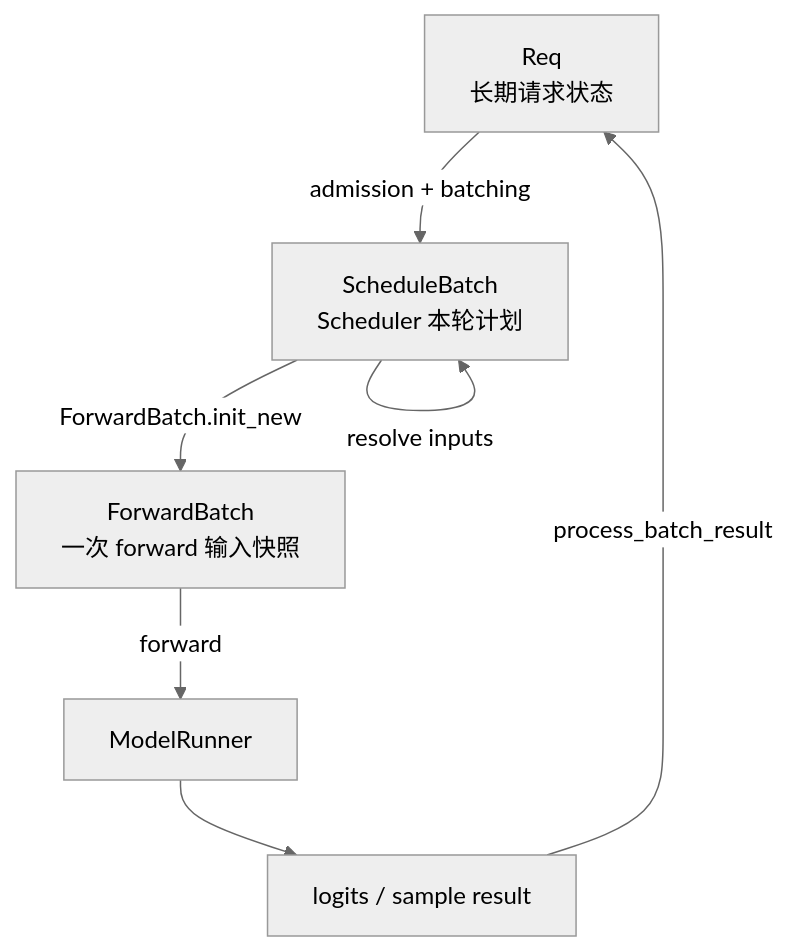
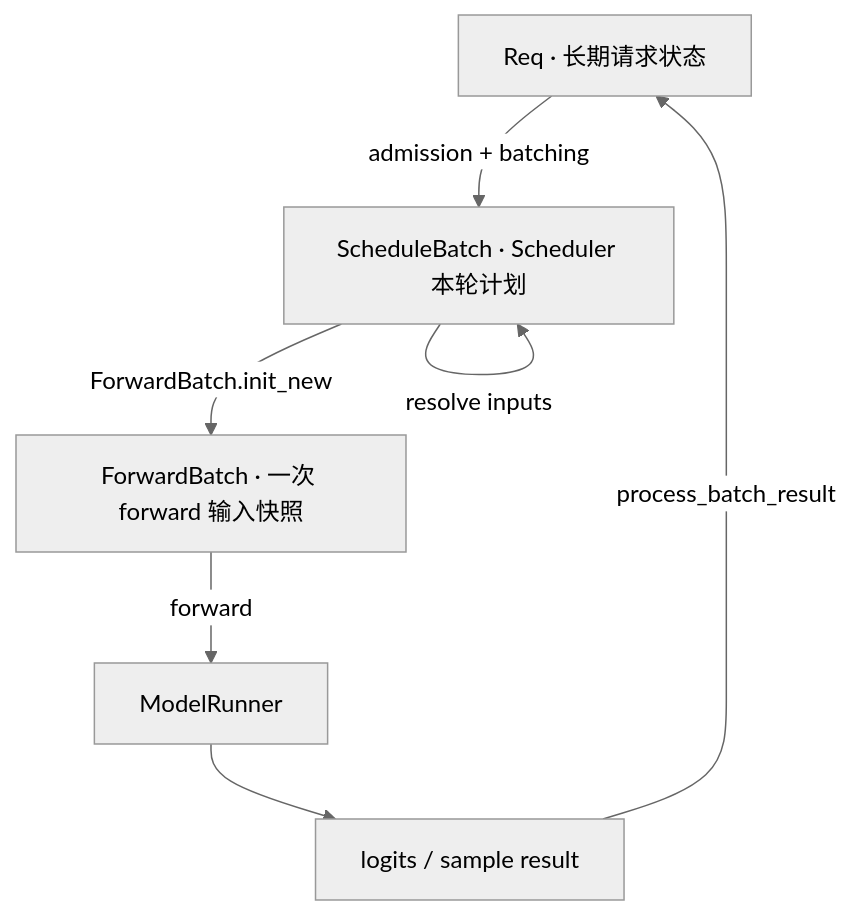
One commit to AkiYangDev/llm-inference-notes changed the fourth of 5 diagrams in docs/sglang/sglang-scheduler-source-analysis.md. Above: the diagram before and after it, drawn with Mermaid (neutral theme). The commit also changed other lines of this file and 44 other files, not shown here.

````diff
--- a/docs/sglang/sglang-scheduler-source-analysis.md
+++ b/docs/sglang/sglang-scheduler-source-analysis.md
@@ -311,15 +301,15 @@
 ```mermaid
 flowchart TD
-    R[Req<br/>长期请求状态]
-    S[ScheduleBatch<br/>Scheduler 本轮计划]
-    F[ForwardBatch<br/>一次 forward 输入快照]
+    R[Req · 长期请求状态]
+    S[ScheduleBatch · Scheduler 本轮计划]
+    F[ForwardBatch · 一次 forward 输入快照]
     M[ModelRunner]
     O[logits / sample result]
 
     R -->|admission + batching| S
     S -->|resolve inputs| S
     S -->|ForwardBatch.init_new| F
     F -->|forward| M
     M --> O
     O -->|process_batch_result| R
 ```
````
